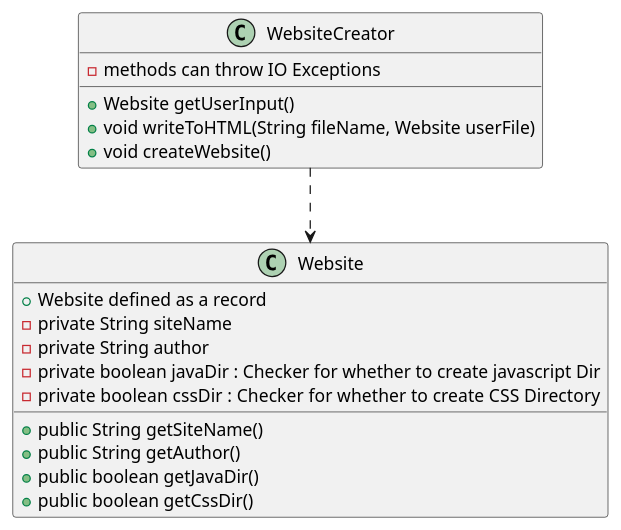
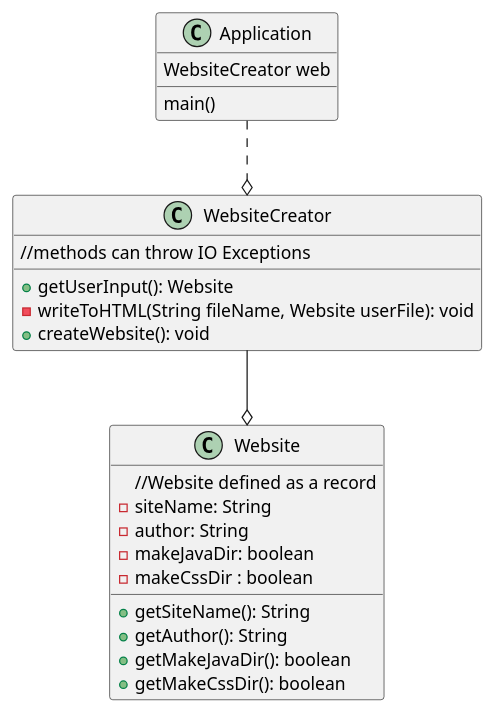
The diagram in exercise43/docs/exercise43Diagram.puml (JMoore910/moore-a04), drawn with PlantUML before and after one commit. The commit also changed 28 other files, not shown here.

```diff
--- a/exercise43/docs/exercise43Diagram.puml
+++ b/exercise43/docs/exercise43Diagram.puml
@@ -1,25 +1,32 @@
 @startuml
 
+class Application {
+main()
+WebsiteCreator web
+'object of WebsiteCreator web constructed
+'web.createWebsite() does the rest
+}
+
 class Website {
-+Website defined as a record
--private String siteName
--private String author
--private boolean javaDir : Checker for whether to create javascript Dir
--private boolean cssDir  : Checker for whether to create CSS Directory
+//Website defined as a record
+-siteName: String
+-author: String
+-makeJavaDir: boolean
+-makeCssDir : boolean
 
-+public String getSiteName()
-+public String getAuthor()
-+public boolean getJavaDir()
-+public boolean getCssDir()
++getSiteName(): String
++getAuthor(): String
++getMakeJavaDir(): boolean
++getMakeCssDir(): boolean
 }
 
 class WebsiteCreator {
-    +Website getUserInput()
-    -methods can throw IO Exceptions
-    +void writeToHTML(String fileName, Website userFile)
-    +void createWebsite()
+    //methods can throw IO Exceptions
+    +getUserInput(): Website
+    -writeToHTML(String fileName, Website userFile): void
+    +createWebsite(): void
 }
-
-WebsiteCreator ..> Website
+Application ..o WebsiteCreator
+WebsiteCreator --o Website
 
 @enduml
```
